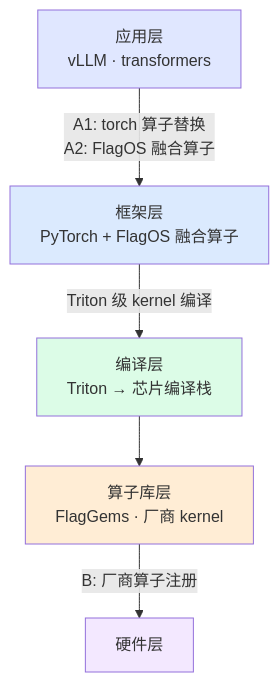
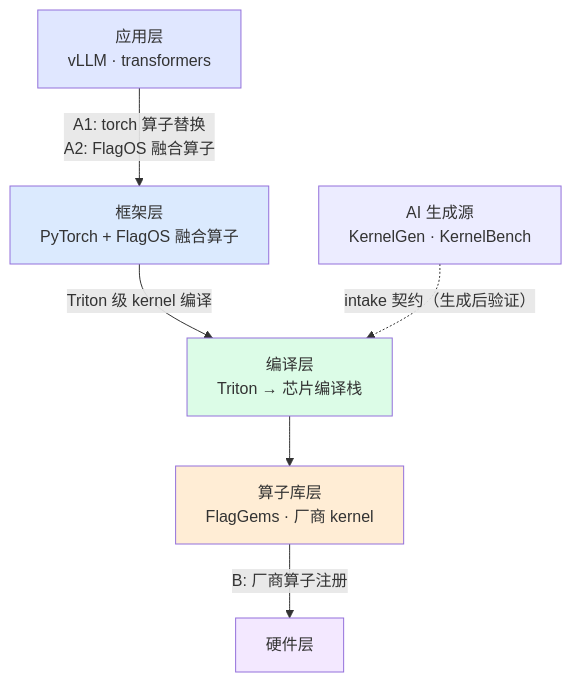
The diagram in docs/index.md (FLAG-OP/FlagOS-OP), drawn with Mermaid before and after one commit. The commit also changed other lines of this file and 30 other files, not shown here.

First line of the commit message:
feat: 性能回归追踪 + KernelGen 生成算子 intake 通道

````diff
--- a/docs/index.md
+++ b/docs/index.md
@@ -15,19 +15,21 @@
 ```mermaid
 flowchart TB
     APP["应用层<br/>vLLM · transformers"]
     FRAME["框架层<br/>PyTorch + FlagOS 融合算子"]
     COMP["编译层<br/>Triton → 芯片编译栈"]
     OPS["算子库层<br/>FlagGems · 厂商 kernel"]
     CHIP["硬件层"]
 
     APP -->|"A1: torch 算子替换<br/>A2: FlagOS 融合算子"| FRAME
     FRAME -->|"Triton 级 kernel 编译"| COMP
     COMP --> OPS
     OPS -->|"B: 厂商算子注册"| CHIP
 
+    AIGEN["AI 生成源<br/>KernelGen · KernelBench"] -.->|"intake 契约（生成后验证）"| COMP
+
     style APP fill:#e0e7ff
     style FRAME fill:#dbeafe
     style COMP fill:#dcfce7
     style OPS fill:#ffedd5
     style CHIP fill:#f3e8ff
 ```
````
